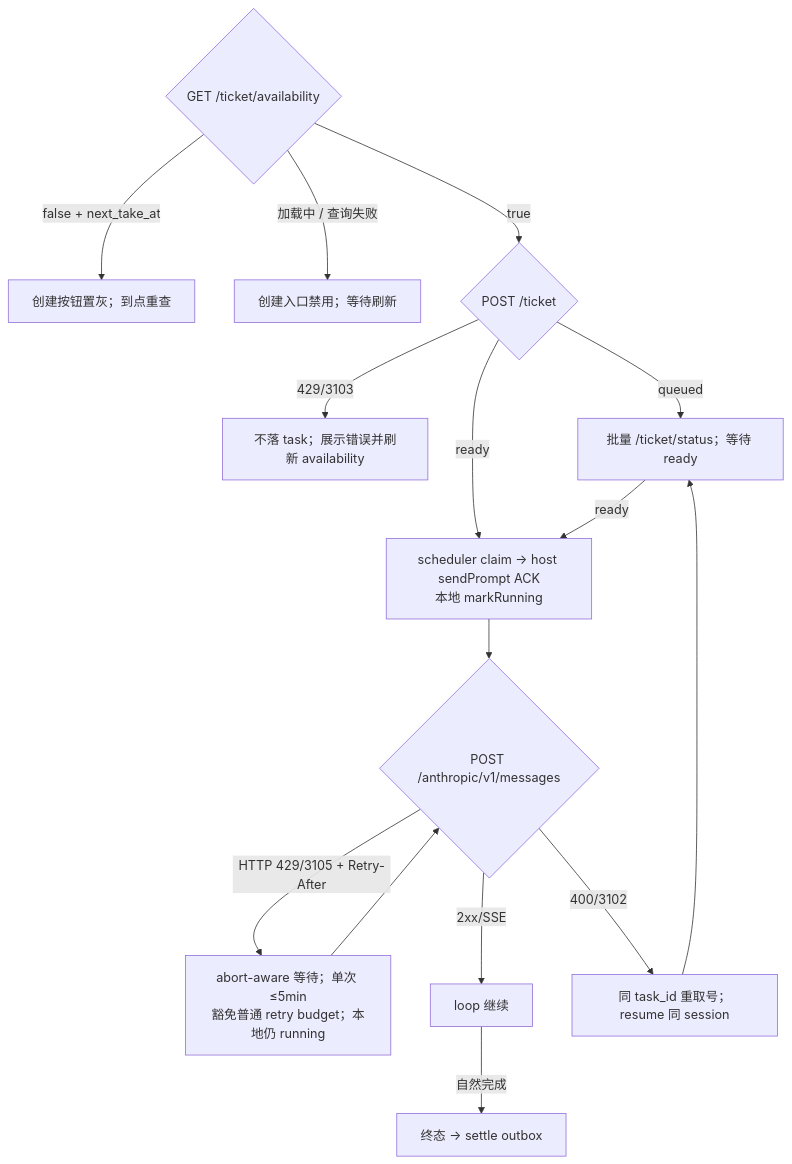
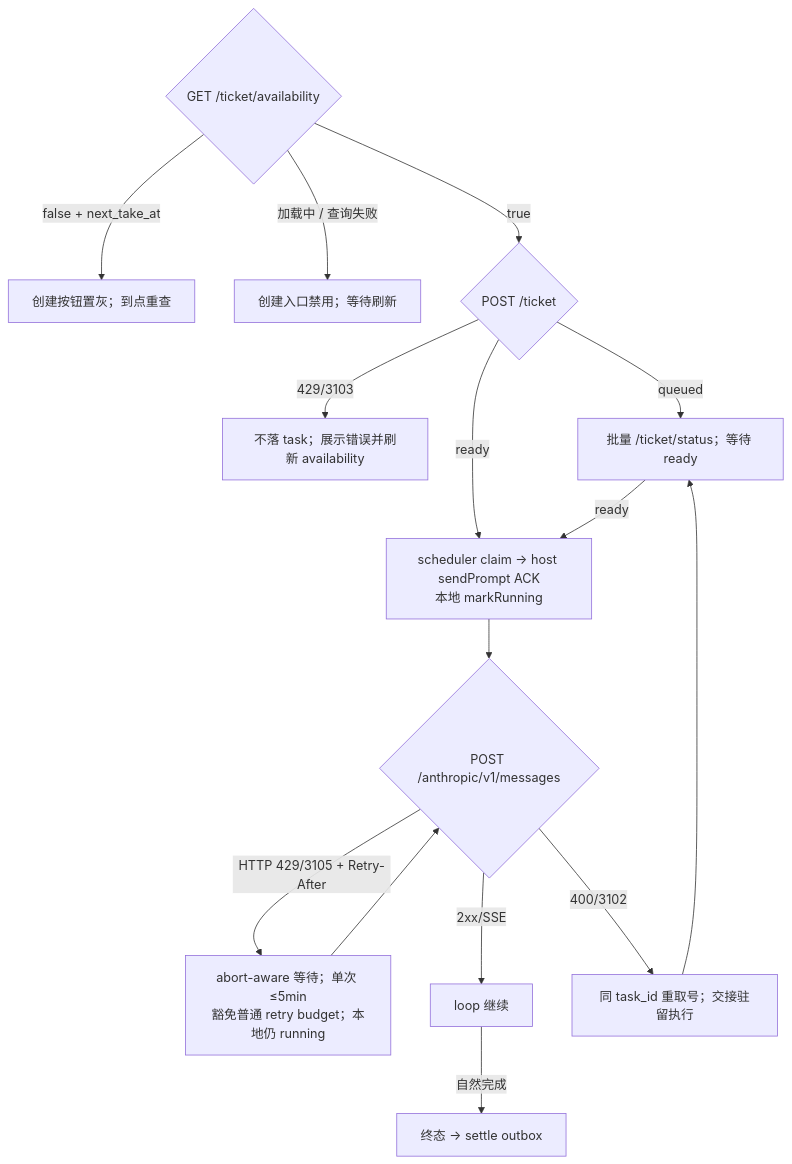
Before and after one commit to yak33/JGAgent: the tenth of 11 diagrams in docs/off-peak-task/tech-design.md, drawn with Mermaid. The commit also changed other lines of this file and 4539 other files, not shown here.

````diff
--- a/docs/off-peak-task/tech-design.md
+++ b/docs/off-peak-task/tech-design.md
@@ -733,16 +728,16 @@
 ```mermaid
 flowchart TD
   A{"GET /ticket/availability"}
   A -->|"false + next_take_at"| A0["创建按钮置灰；到点重查"]
   A -->|"加载中 / 查询失败"| A1["创建入口禁用；等待刷新"]
   A -->|"true"| T{"POST /ticket"}
   T -->|"429/3103"| T0["不落 task；展示错误并刷新 availability"]
   T -->|"queued"| Q["批量 /ticket/status；等待 ready"]
   T -->|"ready"| D
   Q -->|"ready"| D["scheduler claim → host sendPrompt ACK<br/>本地 markRunning"]
   D --> G{"POST /anthropic/v1/messages"}
   G -->|"HTTP 429/3105 + Retry-After"| G0["abort-aware 等待；单次 ≤5min<br/>豁免普通 retry budget；本地仍 running"] --> G
   G -->|"2xx/SSE"| R["loop 继续"]
-  G -->|"400/3102"| X["同 task_id 重取号；resume 同 session"] --> Q
+  G -->|"400/3102"| X["同 task_id 重取号；交接驻留执行"] --> Q
   R -->|"自然完成"| E["终态 → settle outbox"]
 ```
````
